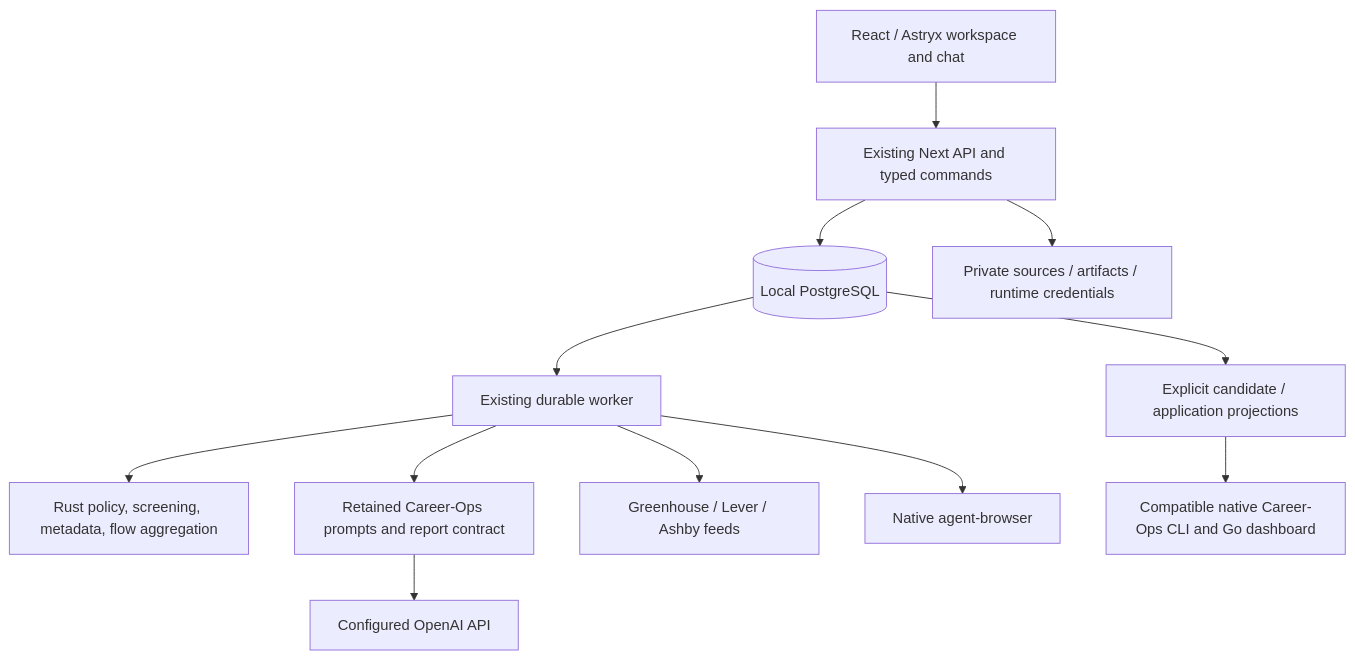
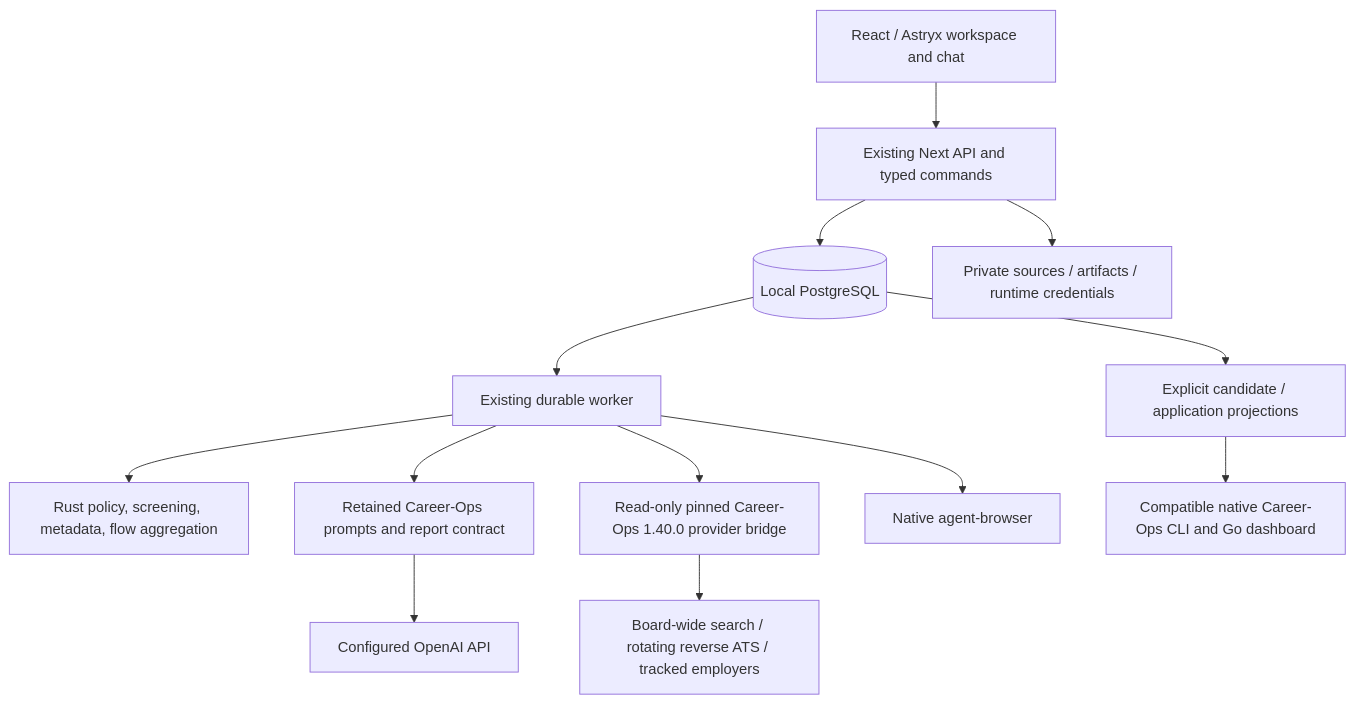
One commit to xavier1of1/Maxim-Applier changed the second of 7 diagrams in README.md. Above: the diagram before and after it, drawn with Mermaid. The commit also changed other lines of this file and 56 other files, not shown here.

````diff
--- a/README.md
+++ b/README.md
@@ -59,14 +63,15 @@
 ```mermaid
 flowchart TD
  UI[React / Astryx workspace and chat] --> API[Existing Next API and typed commands]
  API --> PG[(Local PostgreSQL)]
  API --> Private[Private sources / artifacts / runtime credentials]
  PG --> Worker[Existing durable worker]
  Worker --> Rust[Rust policy, screening, metadata, flow aggregation]
  Worker --> CO[Retained Career-Ops prompts and report contract]
  CO --> Model[Configured OpenAI API]
- Worker --> Feeds[Greenhouse / Lever / Ashby feeds]
+ Worker --> Bridge[Read-only pinned Career-Ops 1.40.0 provider bridge]
+ Bridge --> Feeds[Board-wide search / rotating reverse ATS / tracked employers]
  Worker --> Browser[Native agent-browser]
  PG --> Adapters[Explicit candidate / application projections]
  Adapters --> Native[Compatible native Career-Ops CLI and Go dashboard]
 ```
````
